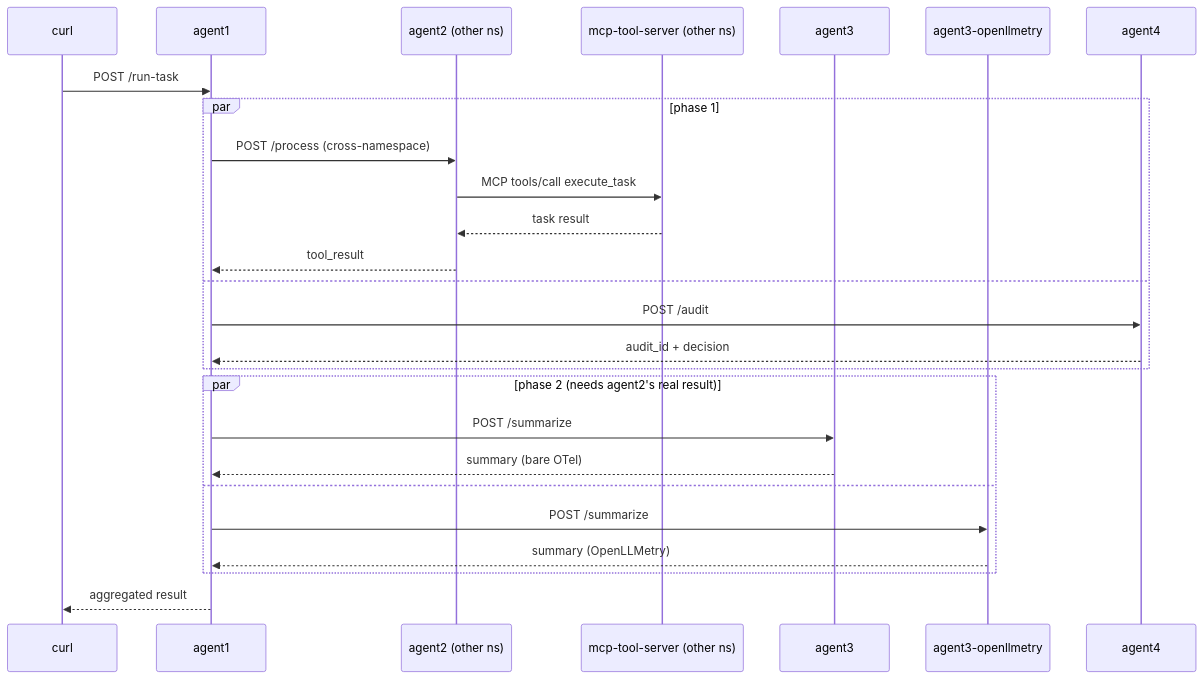
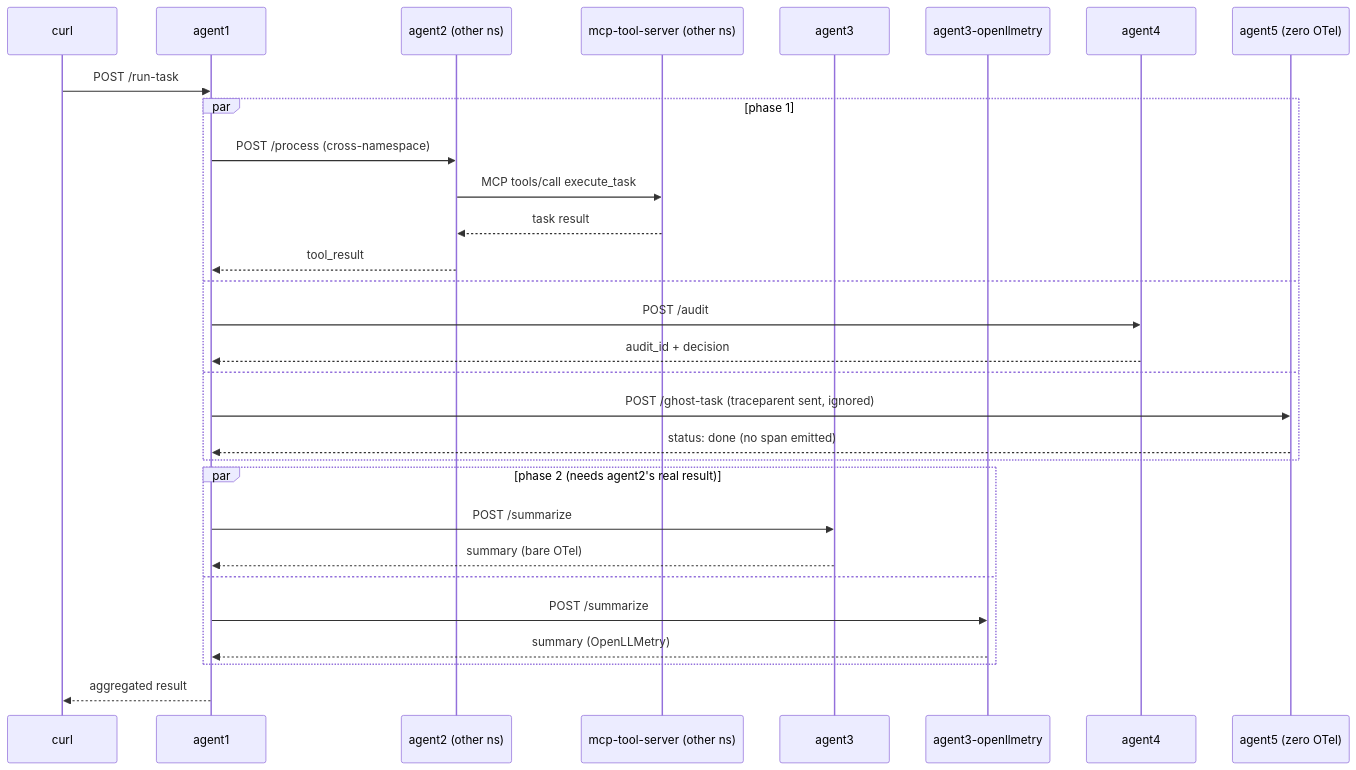
The second of 3 diagrams in README.md (sf-matt/mcp-agent-tracing), drawn with Mermaid before and after one commit. The commit also changed other lines of this file, not shown here.

First line of the commit message:
Document agent5: the eBPF-only floor below the instrumentation spectrum

````diff
--- a/README.md
+++ b/README.md
@@ -75,29 +91,33 @@
 ```mermaid
 sequenceDiagram
     participant U as curl
     participant A1 as agent1
     participant A2 as agent2 (other ns)
     participant M as mcp-tool-server (other ns)
     participant A3 as agent3
     participant A3O as agent3-openllmetry
     participant A4 as agent4
+    participant A5 as agent5 (zero OTel)
 
     U->>A1: POST /run-task
     par phase 1
         A1->>A2: POST /process (cross-namespace)
         A2->>M: MCP tools/call execute_task
         M-->>A2: task result
         A2-->>A1: tool_result
     and
         A1->>A4: POST /audit
         A4-->>A1: audit_id + decision
+    and
+        A1->>A5: POST /ghost-task (traceparent sent, ignored)
+        A5-->>A1: status: done (no span emitted)
     end
     par phase 2 (needs agent2's real result)
         A1->>A3: POST /summarize
         A3-->>A1: summary (bare OTel)
     and
         A1->>A3O: POST /summarize
         A3O-->>A1: summary (OpenLLMetry)
     end
     A1-->>U: aggregated result
 ```
````
